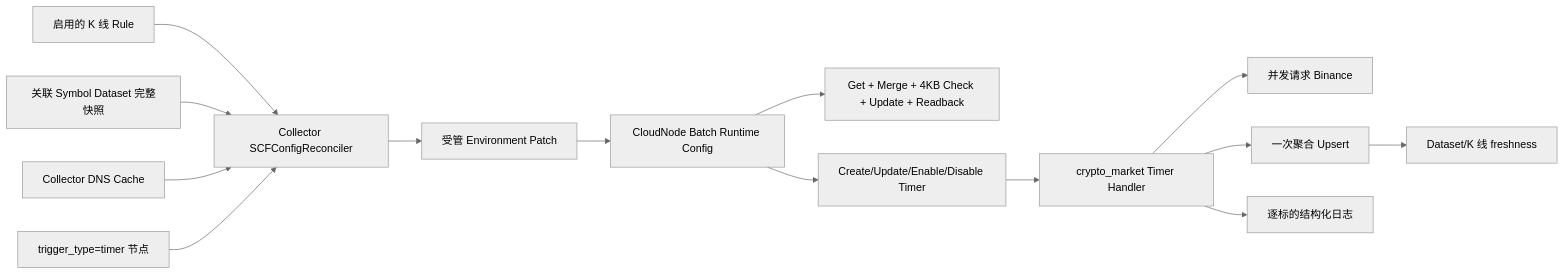
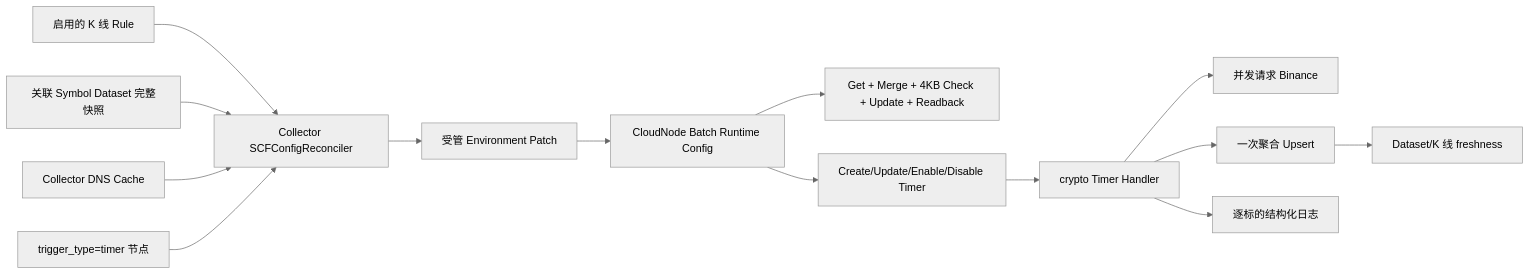
One commit to mooyang-code/moox changed the diagram in docs/superpowers/plans/2026-08-04-scf-timer-market-fetch.md. Above: the diagram before and after it, drawn with Mermaid (neutral theme). The commit also changed other lines of this file and 719 other files, not shown here.

````diff
--- a/docs/superpowers/plans/2026-08-04-scf-timer-market-fetch.md
+++ b/docs/superpowers/plans/2026-08-04-scf-timer-market-fetch.md
@@ -58,16 +58,16 @@
 ```mermaid
 flowchart LR
   Rules["启用的 K 线 Rule"] --> Reconciler["Collector SCFConfigReconciler"]
   Symbols["关联 Symbol Dataset 完整快照"] --> Reconciler
   DNS["Collector DNS Cache"] --> Reconciler
   Nodes["trigger_type=timer 节点"] --> Reconciler
   Reconciler --> Patch["受管 Environment Patch"]
   Patch --> CloudNode["CloudNode Batch Runtime Config"]
   CloudNode --> Env["Get + Merge + 4KB Check + Update + Readback"]
   CloudNode --> Trigger["Create/Update/Enable/Disable Timer"]
-  Trigger --> SCF["crypto_market Timer Handler"]
+  Trigger --> SCF["crypto Timer Handler"]
   SCF --> Binance["并发请求 Binance"]
   SCF --> Storage["一次聚合 Upsert"]
   SCF --> CLS["逐标的结构化日志"]
   Storage --> Monitor["Dataset/K 线 freshness"]
 ```
````
